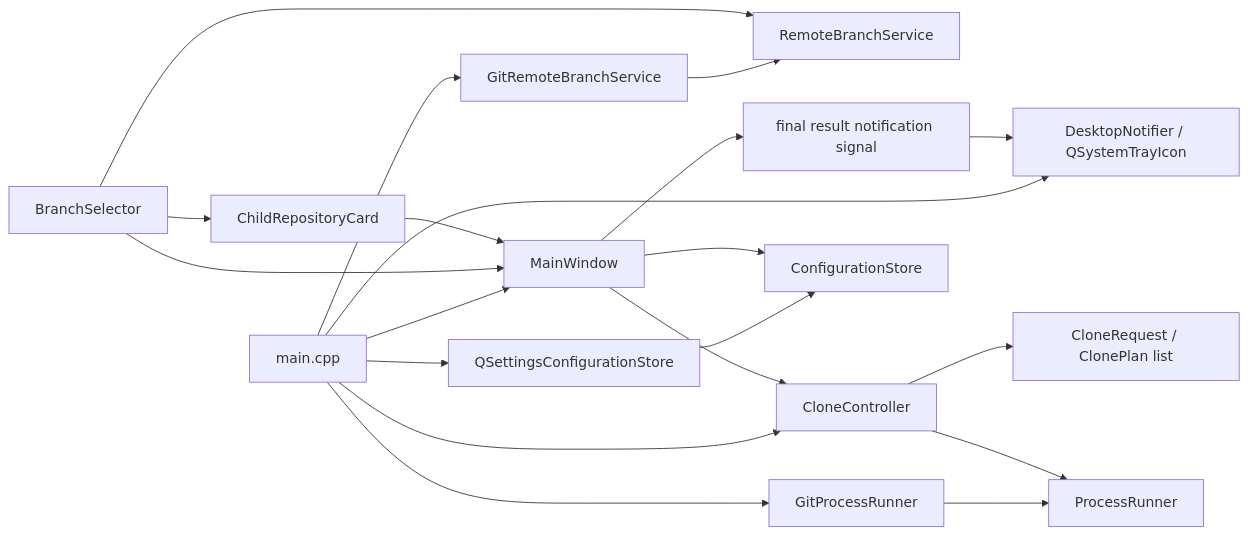
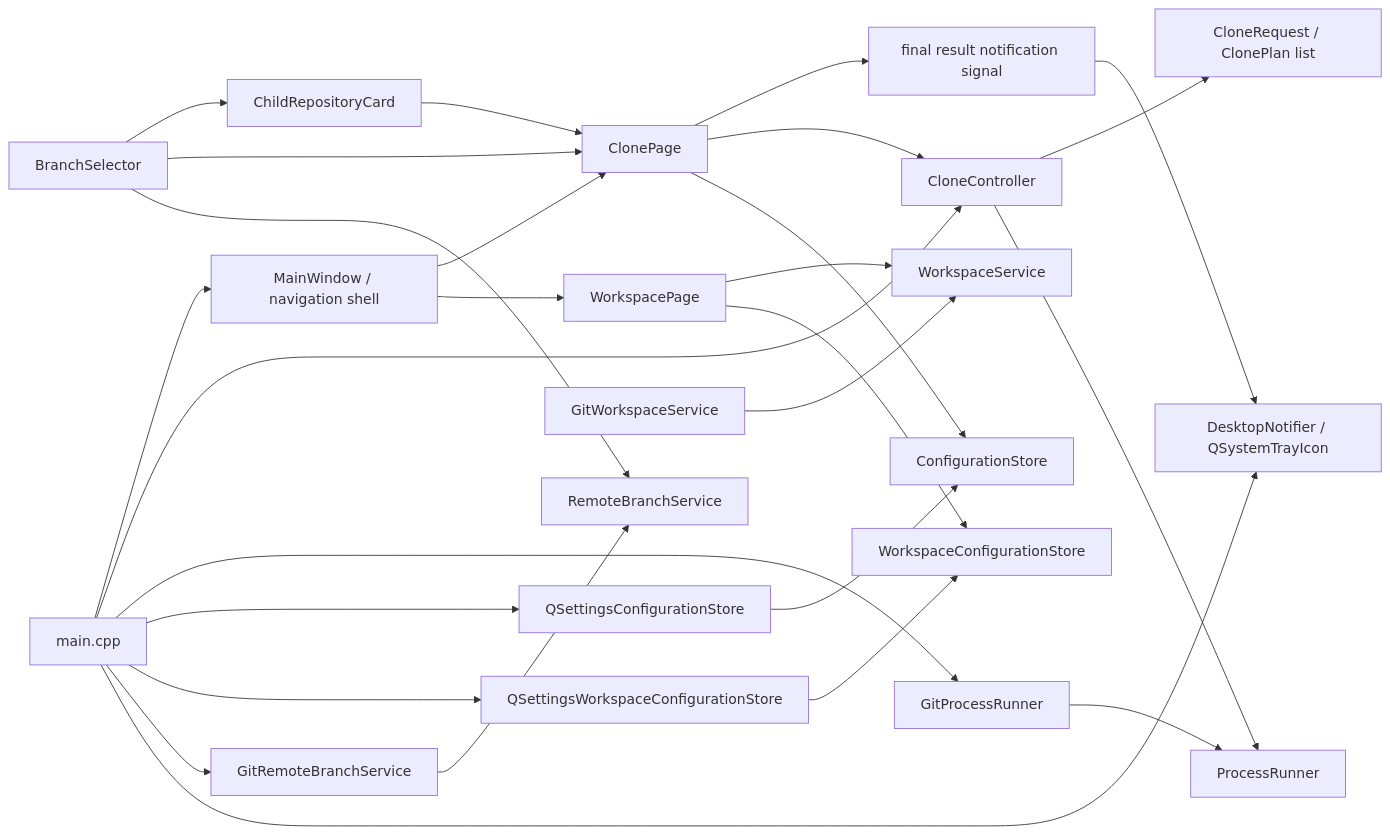
Before and after one commit to qingyiz/git_clone_gui: the first of 6 diagrams in .codex/specs/git-clone-gui/design.md, drawn with Mermaid. The commit also changed other lines of this file and 44 other files, not shown here.

Commit message:
feat: add repository workspace and prepare v0.1.4

````diff
--- a/.codex/specs/git-clone-gui/design.md
+++ b/.codex/specs/git-clone-gui/design.md
@@ -204,22 +307,29 @@
 ```mermaid
 flowchart LR
-    Card["ChildRepositoryCard"] --> Window["MainWindow"]
+    Window["MainWindow / navigation shell"] --> ClonePage
+    Window --> WorkspacePage
+    Card["ChildRepositoryCard"] --> ClonePage
     Selector["BranchSelector"] --> Card
-    Selector --> Window
+    Selector --> ClonePage
     Selector --> BranchPort["RemoteBranchService"]
-    Window --> NotifyRequest["final result notification signal"]
+    ClonePage --> NotifyRequest["final result notification signal"]
     NotifyRequest --> Notifier["DesktopNotifier / QSystemTrayIcon"]
-    Window --> Controller["CloneController"]
-    Window --> StorePort["ConfigurationStore"]
+    ClonePage --> Controller["CloneController"]
+    ClonePage --> StorePort["ConfigurationStore"]
+    WorkspacePage --> WorkspacePort["WorkspaceService"]
+    WorkspacePage --> WorkspaceStorePort["WorkspaceConfigurationStore"]
+    WorkspaceGit["GitWorkspaceService"] --> WorkspacePort
+    WorkspaceSettings["QSettingsWorkspaceConfigurationStore"] --> WorkspaceStorePort
     Controller --> Core["CloneRequest / ClonePlan list"]
     Controller --> RunnerPort["ProcessRunner"]
     GitRunner["GitProcessRunner"] --> RunnerPort
     BranchGit["GitRemoteBranchService"] --> BranchPort
     Settings["QSettingsConfigurationStore"] --> StorePort
     Root["main.cpp"] --> Window
     Root --> Controller
     Root --> GitRunner
     Root --> Settings
+    Root --> WorkspaceSettings
     Root --> BranchGit
     Root --> Notifier
 ```
````
